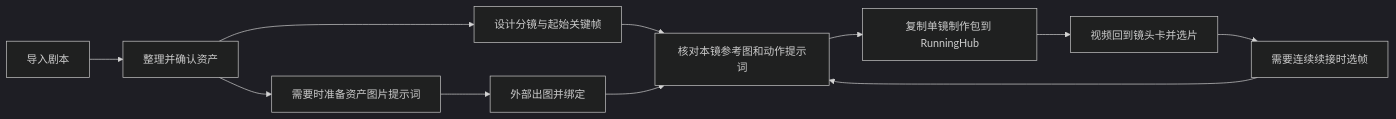
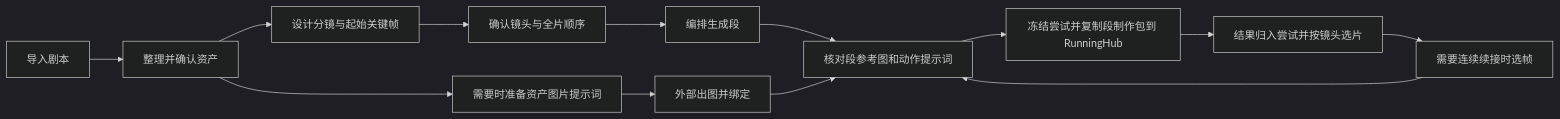
The diagram in docs/drama-skills-integration-plan.md (JustinQiuck/obcanvas-creator), drawn with Mermaid (dark theme) before and after one commit. The commit also changed other lines of this file and 5 other files, not shown here.

````diff
--- a/docs/drama-skills-integration-plan.md
+++ b/docs/drama-skills-integration-plan.md
@@ -52,13 +52,15 @@
 ```mermaid
 flowchart LR
   A[导入剧本] --> B[整理并确认资产]
   B --> C[设计分镜与起始关键帧]
   B --> D[需要时准备资产图片提示词]
   D --> E[外部出图并绑定]
-  C --> F[核对本镜参考图和动作提示词]
+  C --> J[确认镜头与全片顺序]
+  J --> K[编排生成段]
+  K --> F[核对段参考图和动作提示词]
   E --> F
-  F --> G[复制单镜制作包到 RunningHub]
-  G --> H[视频回到镜头卡并选片]
+  F --> G[冻结尝试并复制段制作包到 RunningHub]
+  G --> H[结果归入尝试并按镜头选片]
   H --> I[需要连续续接时选帧]
   I --> F
 ```
````
